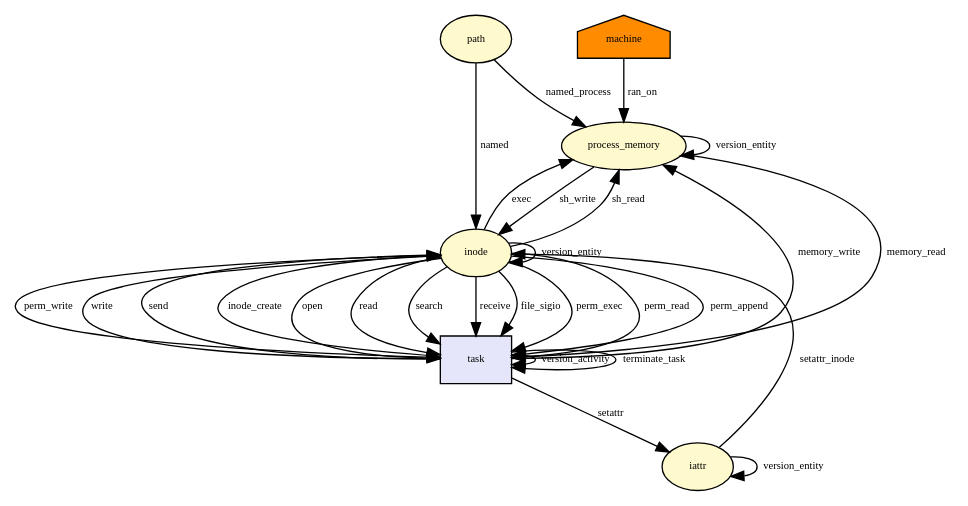
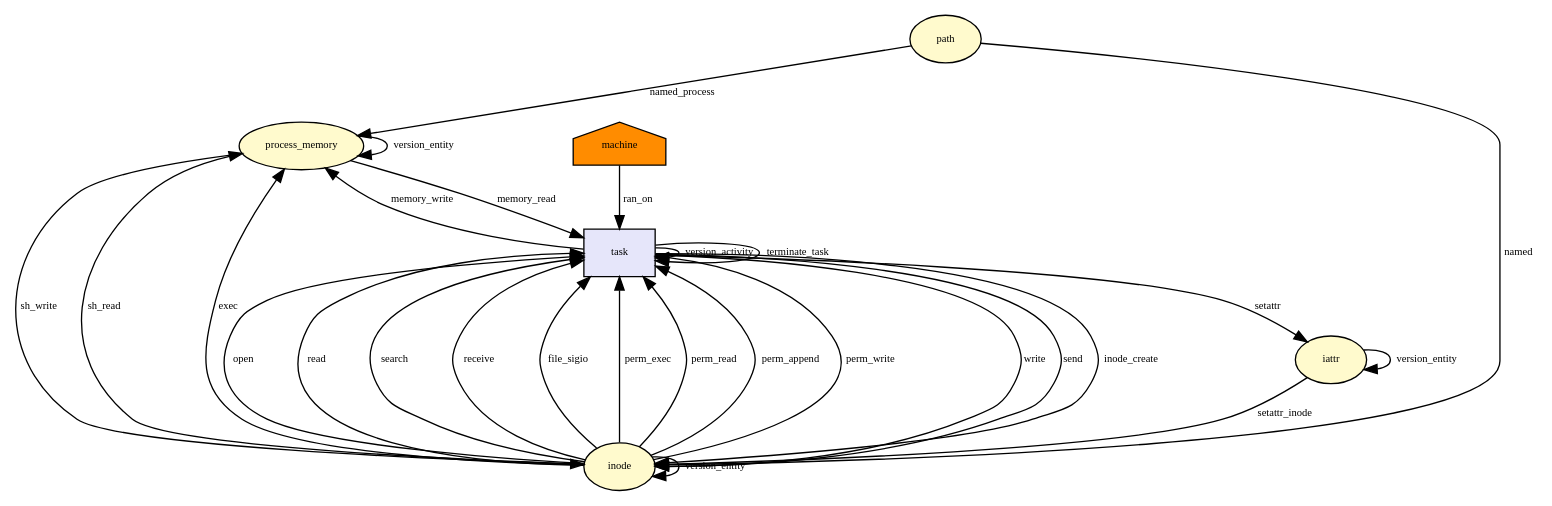
One commit to CamFlow/camflow-dev changed the diagram in docs/dot/__x64_sys_open_by_handle_at.dot. Above: the diagram before and after it, drawn with Graphviz. The commit also changed 419 other files, not shown here.

```diff
--- a/docs/dot/__x64_sys_open_by_handle_at.dot
+++ b/docs/dot/__x64_sys_open_by_handle_at.dot
@@ -1,67 +1,67 @@
 digraph RGL__DirectedAdjacencyGraph {path[fontsize = 8,label = path,shape = ellipse, fillcolor="#fffacd", style = filled]
 
 process_memory[fontsize = 8,label = process_memory,shape = ellipse, fillcolor="#fffacd", style = filled]
 
 path -> process_memory[fontsize = 8,label = named_process]
 
 machine[fontsize = 8,label = machine,shape = house, fillcolor="#ff8c00", style = filled]
 
-machine -> process_memory[fontsize = 8,label = ran_on]
+task[fontsize = 8,label = task,shape = rectangle, fillcolor="#e6e6fa", style = filled]
+
+machine -> task[fontsize = 8,label = ran_on]
 
 inode[fontsize = 8,label = inode,shape = ellipse, fillcolor="#fffacd", style = filled]
 
 path -> inode[fontsize = 8,label = named]
-
-task[fontsize = 8,label = task,shape = rectangle, fillcolor="#e6e6fa", style = filled]
 
 inode -> task[fontsize = 8,label = open]
 
 task -> process_memory[fontsize = 8,label = memory_write]
 
 task -> task[fontsize = 8,label = version_activity]
 
 process_memory -> process_memory[fontsize = 8,label = version_entity]
 
 process_memory -> inode[fontsize = 8,label = sh_write]
 
 inode -> inode[fontsize = 8,label = version_entity]
 
 process_memory -> task[fontsize = 8,label = memory_read]
 
 task -> inode[fontsize = 8,label = write]
 
 inode -> process_memory[fontsize = 8,label = sh_read]
 
 inode -> task[fontsize = 8,label = read]
 
 inode -> task[fontsize = 8,label = search]
 
 task -> inode[fontsize = 8,label = send]
 
 inode -> task[fontsize = 8,label = receive]
 
 inode -> process_memory[fontsize = 8,label = exec]
 
 inode -> task[fontsize = 8,label = file_sigio]
 
 task -> inode[fontsize = 8,label = inode_create]
 
 inode -> task[fontsize = 8,label = perm_exec]
 
 inode -> task[fontsize = 8,label = perm_read]
 
 inode -> task[fontsize = 8,label = perm_append]
 
 inode -> task[fontsize = 8,label = perm_write]
 
 iattr[fontsize = 8,label = iattr,shape = ellipse, fillcolor="#fffacd", style = filled]
 
 task -> iattr[fontsize = 8,label = setattr]
 
 iattr -> iattr[fontsize = 8,label = version_entity]
 
 iattr -> inode[fontsize = 8,label = setattr_inode]
 
 task -> task[fontsize = 8,label = terminate_task]
 
 }
```
